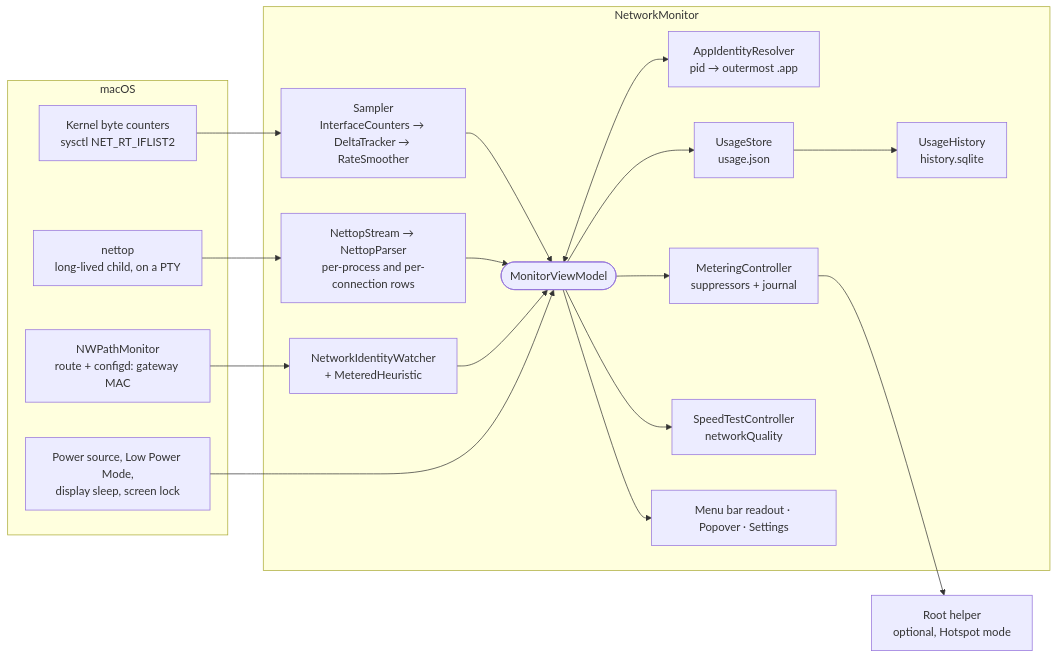
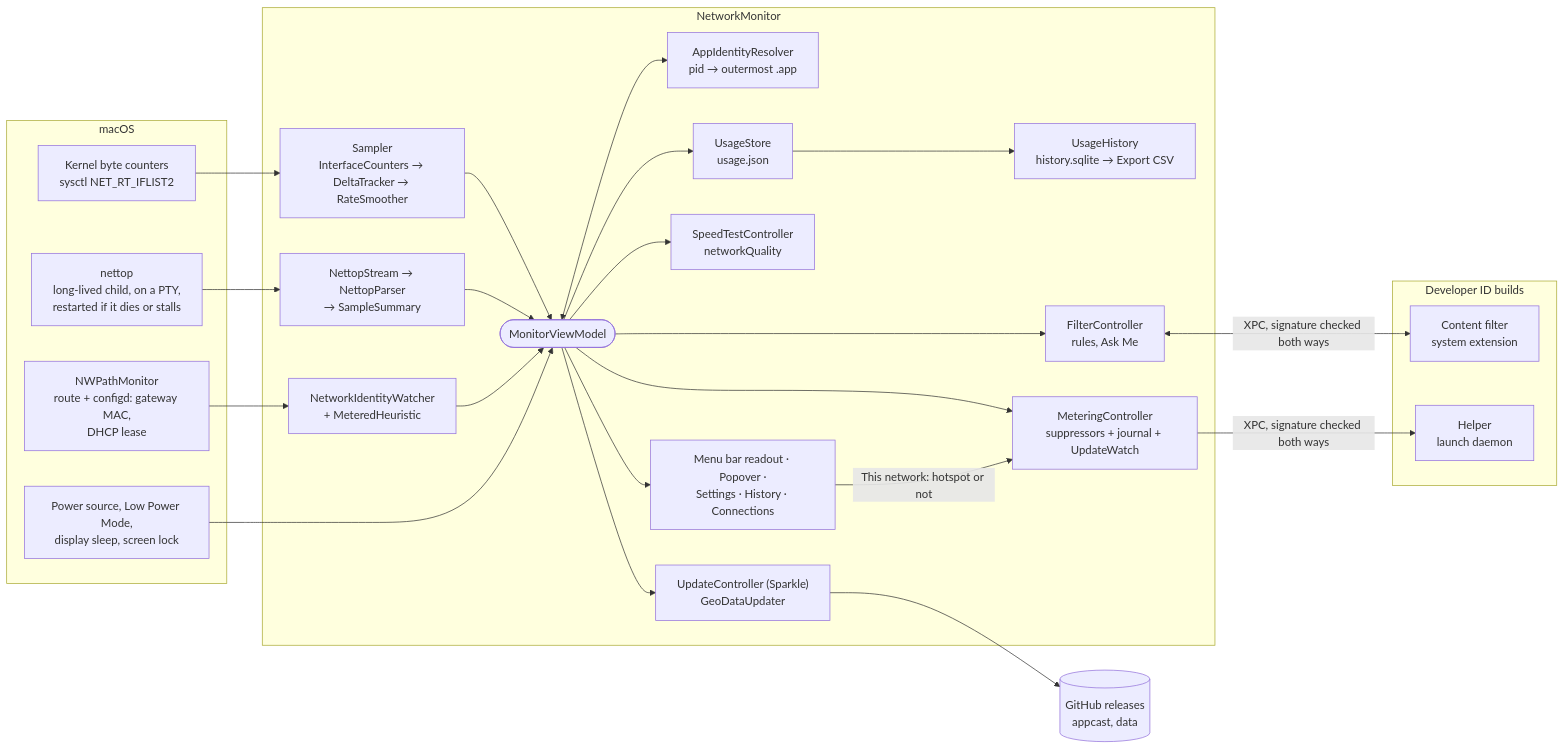
Before and after one commit to kevinabouhanna/NetworkMonitor: the diagram in docs/architecture.md, drawn with Mermaid. The commit also changed other lines of this file and 9 other files, not shown here.

First line of the commit message:
Restart a stalled nettop, test the sample merge, and bring the architecture up to date (#110) (#169)

````diff
--- a/docs/architecture.md
+++ b/docs/architecture.md
@@ -10,34 +13,46 @@
 ```mermaid
 flowchart LR
     subgraph mac["macOS"]
         K["Kernel byte counters<br/>sysctl NET_RT_IFLIST2"]
-        N["nettop<br/>long-lived child, on a PTY"]
-        P["NWPathMonitor<br/>route + configd: gateway MAC"]
+        N["nettop<br/>long-lived child, on a PTY,<br/>restarted if it dies or stalls"]
+        P["NWPathMonitor<br/>route + configd: gateway MAC,<br/>DHCP lease"]
         E["Power source, Low Power Mode,<br/>display sleep, screen lock"]
     end
 
     subgraph app["NetworkMonitor"]
         S["Sampler<br/>InterfaceCounters → DeltaTracker → RateSmoother"]
-        NS["NettopStream → NettopParser<br/>per-process and per-connection rows"]
+        NS["NettopStream → NettopParser<br/>→ SampleSummary"]
         ID["AppIdentityResolver<br/>pid → outermost .app"]
         NW["NetworkIdentityWatcher<br/>+ MeteredHeuristic"]
         VM(["MonitorViewModel"])
         US["UsageStore<br/>usage.json"]
-        H["UsageHistory<br/>history.sqlite"]
-        M["MeteringController<br/>suppressors + journal"]
+        H["UsageHistory<br/>history.sqlite → Export CSV"]
+        M["MeteringController<br/>suppressors + journal + UpdateWatch"]
+        F["FilterController<br/>rules, Ask Me"]
         SP["SpeedTestController<br/>networkQuality"]
-        UI["Menu bar readout · Popover · Settings"]
+        UP["UpdateController (Sparkle)<br/>GeoDataUpdater"]
+        UI["Menu bar readout · Popover ·<br/>Settings · History · Connections"]
     end
 
-    HP["Root helper<br/>optional, Hotspot mode"]
+    subgraph signed["Developer ID builds"]
+        FX["Content filter<br/>system extension"]
+        HP["Helper<br/>launch daemon"]
+    end
+
+    GH[("GitHub releases<br/>appcast, data")]
 
     K --> S --> VM
     N --> NS --> VM
     VM <--> ID
     P --> NW --> VM
     E --> VM
     VM --> US --> H
-    VM --> M --> HP
+    VM --> M
+    UI -->|"This network: hotspot or not"| M
+    M -->|"XPC, signature checked both ways"| HP
+    VM --> F
+    F <-->|"XPC, signature checked both ways"| FX
     VM --> SP
+    VM --> UP --> GH
     VM --> UI
 ```
````
